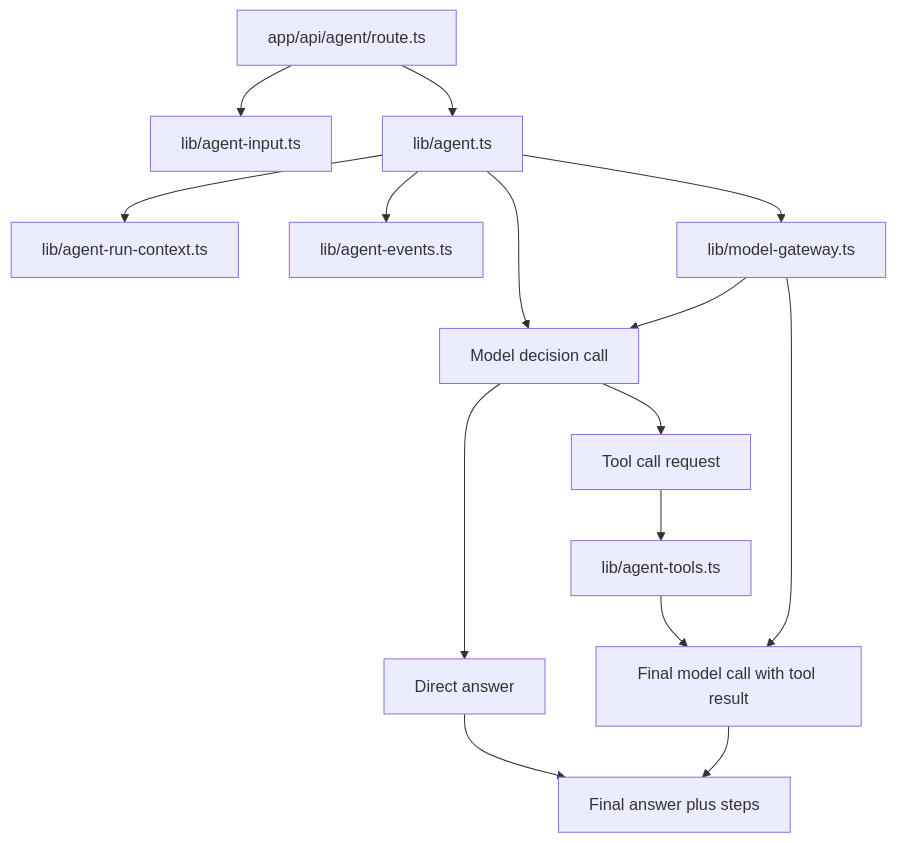
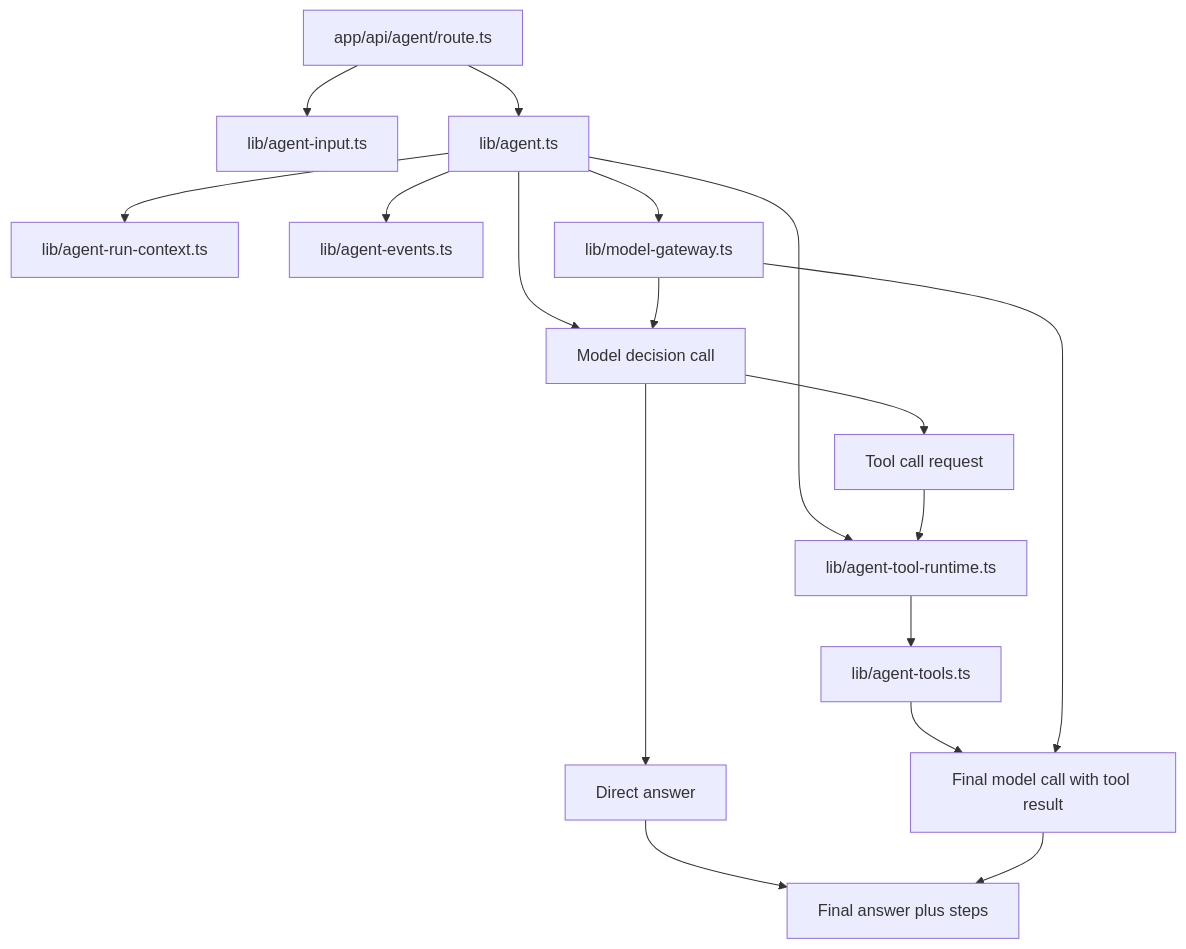
One commit to Liang-HZ/inspectable-agent-harness changed the second of 3 diagrams in docs/architecture.md. Above: the diagram before and after it, drawn with Mermaid. The commit also changed other lines of this file and 3 other files, not shown here.

Commit message:
Add agent tool runtime boundary

````diff
--- a/docs/architecture.md
+++ b/docs/architecture.md
@@ -242,17 +254,19 @@
 ```mermaid
 flowchart TD
   AgentRoute[app/api/agent/route.ts] --> AgentInput[lib/agent-input.ts]
   AgentRoute --> AgentService[lib/agent.ts]
   AgentService --> RunContext[lib/agent-run-context.ts]
   AgentService --> AgentEvents[lib/agent-events.ts]
   AgentService --> ModelGateway[lib/model-gateway.ts]
+  AgentService --> ToolRuntime[lib/agent-tool-runtime.ts]
   AgentService --> DecisionCall[Model decision call]
   ModelGateway --> DecisionCall
   DecisionCall --> DirectAnswer[Direct answer]
   DecisionCall --> ToolCall[Tool call request]
-  ToolCall --> AgentTools[lib/agent-tools.ts]
+  ToolCall --> ToolRuntime
+  ToolRuntime --> AgentTools[lib/agent-tools.ts]
   AgentTools --> FinalCall[Final model call with tool result]
   ModelGateway --> FinalCall
   DirectAnswer --> AgentResponse[Final answer plus steps]
   FinalCall --> AgentResponse
 ```
````
